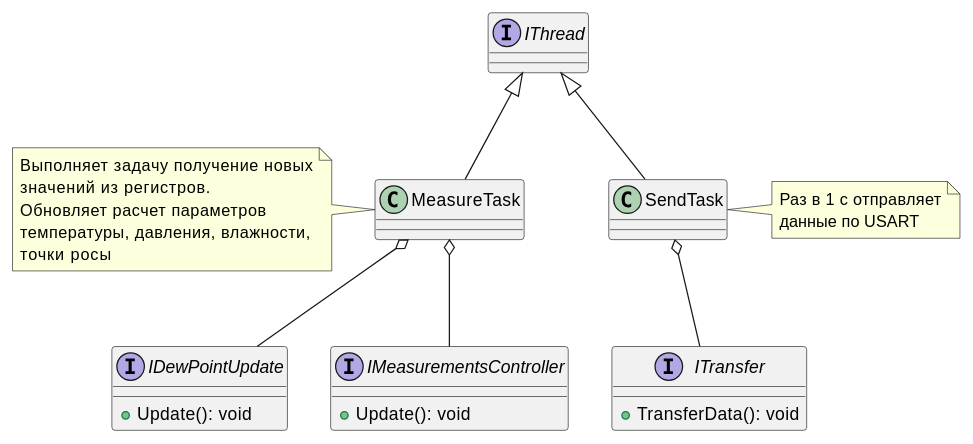
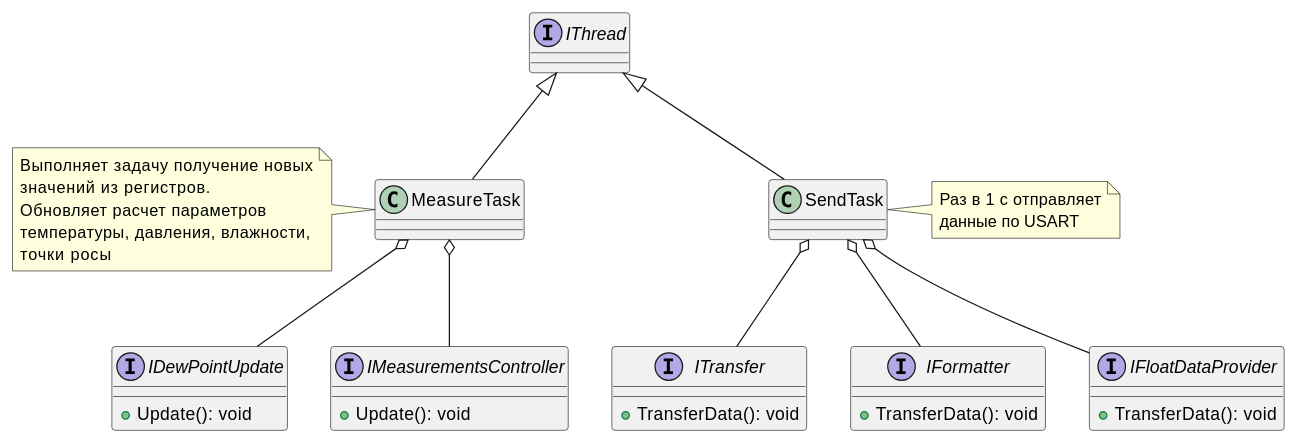
Before and after one commit to Alexandro103/Laba: the first of 5 diagrams in Diagrams.adoc, drawn with PlantUML. The commit also changed other lines of this file, not shown here.

```diff
--- a/Diagrams.adoc
+++ b/Diagrams.adoc
@@ -14,42 +14,50 @@
 [plantuml]
 ----
 interface IThread
 
 class MeasureTask
 class SendTask
 
 interface IDewPointUpdate {
     +Update(): void
 }
 
 interface IMeasurementsController {
     +Update(): void
 }
 
 interface ITransfer {
     +TransferData(): void
 }
+interface IFormatter {
+    +TransferData(): void
+}
+interface IFloatDataProvider {
+    +TransferData(): void
+}
 
 interface IMeasurementsController
 interface ITransfer
 
 IThread <|-- MeasureTask
 IThread <|-- SendTask
 MeasureTask o--IDewPointUpdate
 MeasureTask o-- IMeasurementsController
 
 SendTask o-- ITransfer
+SendTask o--IFormatter
+SendTask o--IFloatDataProvider
 
 note left of MeasureTask
 Выполняет задачу получение новых
 значений из регистров.
 Обновляет расчет параметров
 температуры, давления, влажности,
 точки росы
 end note
 
 note right of SendTask
 Раз в 1 с отправляет
 данные по USART
 end note
 ----
```
